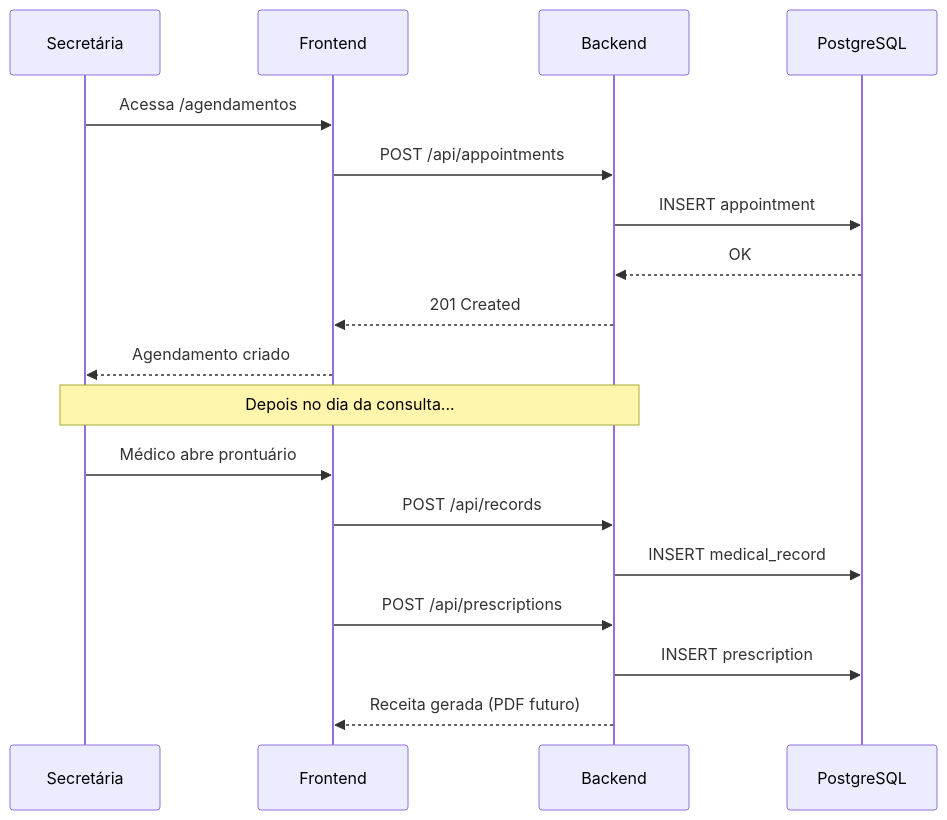
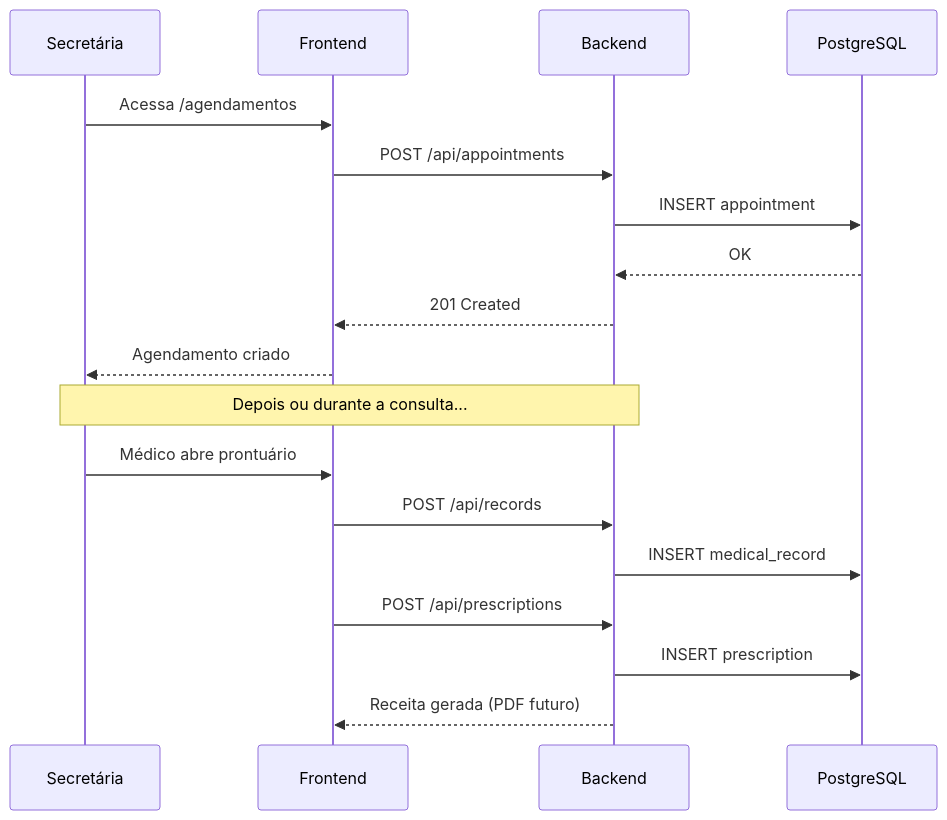
The sixth of 8 diagrams in docs/wiki_V1.markdown (Thisaraiva/medgestor-app), drawn with Mermaid before and after one commit. The commit also changed other lines of this file and 5 other files, not shown here.

````diff
--- a/docs/wiki_V1.markdown
+++ b/docs/wiki_V1.markdown
@@ -736,22 +738,22 @@
 ```mermaid
 sequenceDiagram
     participant S as Secretária
     participant F as Frontend
     participant B as Backend
     participant DB as PostgreSQL
     
     S->>F: Acessa /agendamentos
     F->>B: POST /api/appointments
     B->>DB: INSERT appointment
     DB-->>B: OK
     B-->>F: 201 Created
     F-->>S: Agendamento criado
     
-    Note over S,B: Depois no dia da consulta...
+    Note over S,B: Depois ou durante a consulta...
     S->>F: Médico abre prontuário
     F->>B: POST /api/records
     B->>DB: INSERT medical_record
     F->>B: POST /api/prescriptions
     B->>DB: INSERT prescription
     B-->>F: Receita gerada (PDF futuro)
 ```
````
